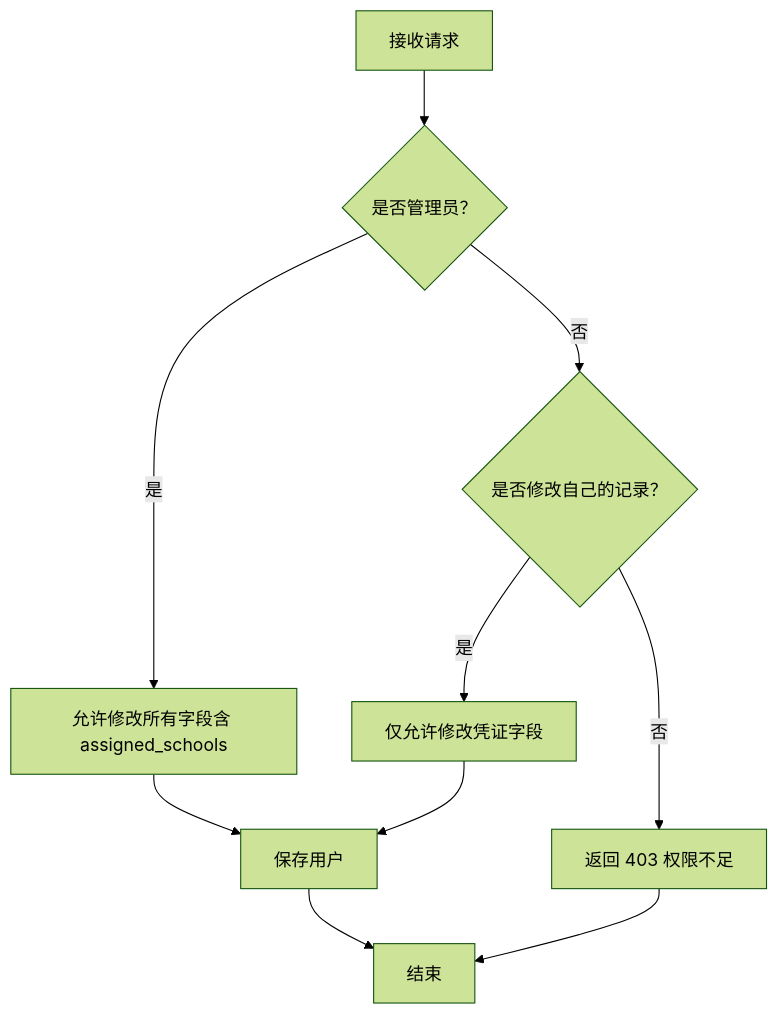
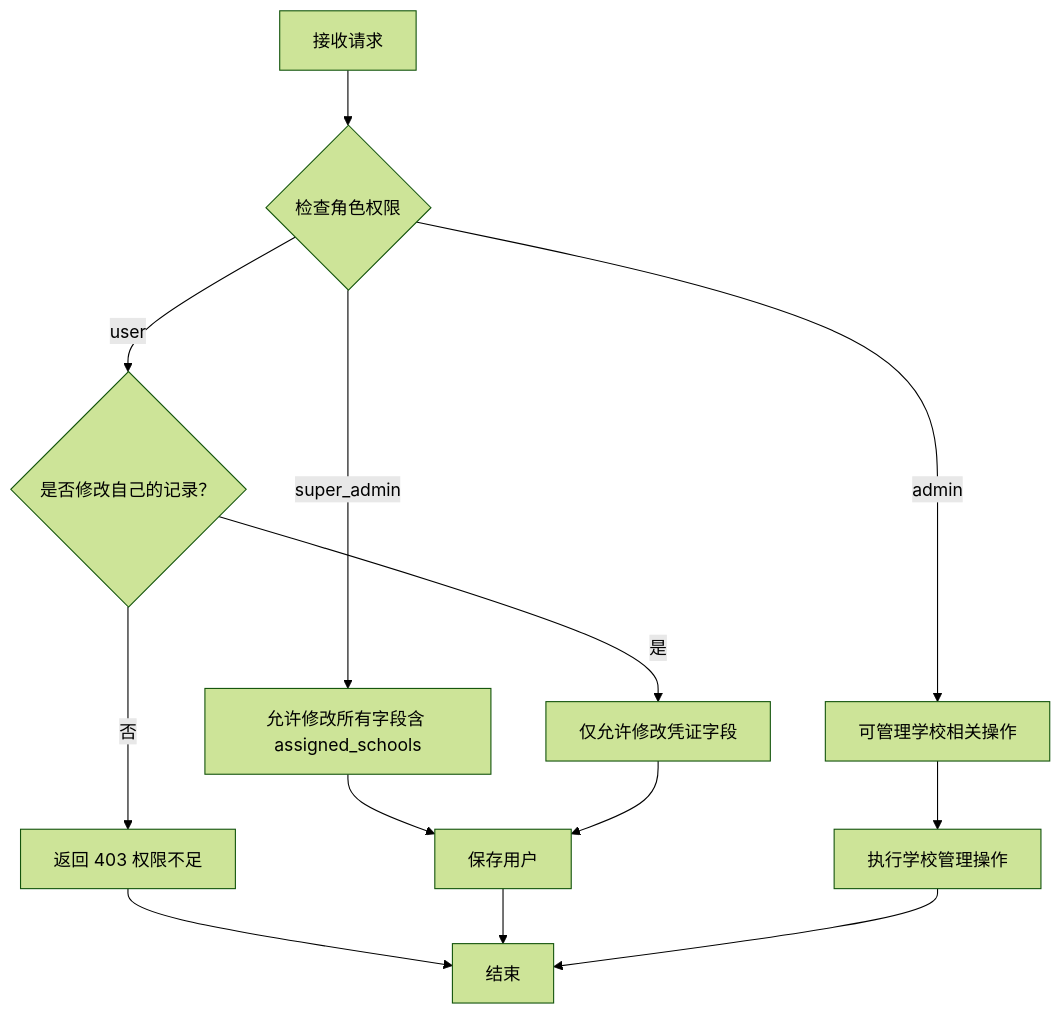
The eighth of 9 diagrams in .qoder/repowiki/zh/content/数据模型/用户模型.md (oreovan567-pixel/middle-platform-data-collector), drawn with Mermaid (forest theme) before and after one commit. The commit also changed other lines of this file and 11 other files, not shown here.

````diff
--- a/.qoder/repowiki/zh/content/数据模型/用户模型.md
+++ b/.qoder/repowiki/zh/content/数据模型/用户模型.md
@@ -249,12 +337,15 @@
 ```mermaid
 flowchart TD
-A["接收请求"] --> B{"是否管理员？"}
-B --> |是| C["允许修改所有字段含 assigned_schools"]
-B --> |否| D{"是否修改自己的记录？"}
-D --> |是| E["仅允许修改凭证字段"]
-D --> |否| F["返回 403 权限不足"]
-C --> G["保存用户"]
-E --> G
-F --> H["结束"]
-G --> H
+A["接收请求"] --> B{"检查角色权限"}
+B --> |super_admin| C["允许修改所有字段含 assigned_schools"]
+B --> |admin| D["可管理学校相关操作"]
+B --> |user| E{"是否修改自己的记录？"}
+E --> |是| F["仅允许修改凭证字段"]
+E --> |否| G["返回 403 权限不足"]
+C --> H["保存用户"]
+D --> I["执行学校管理操作"]
+F --> H
+G --> J["结束"]
+H --> J
+I --> J
 ```
````
